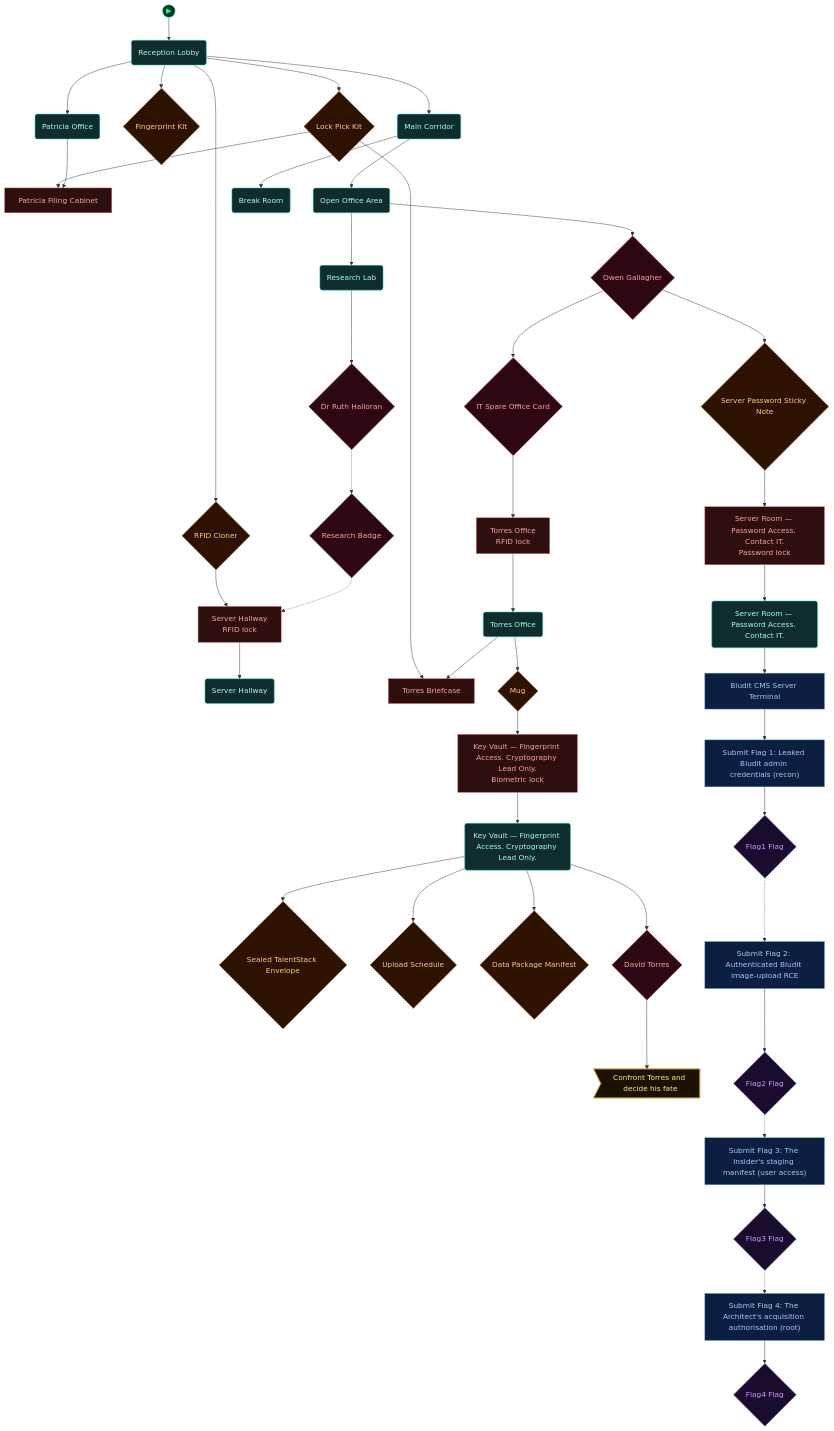
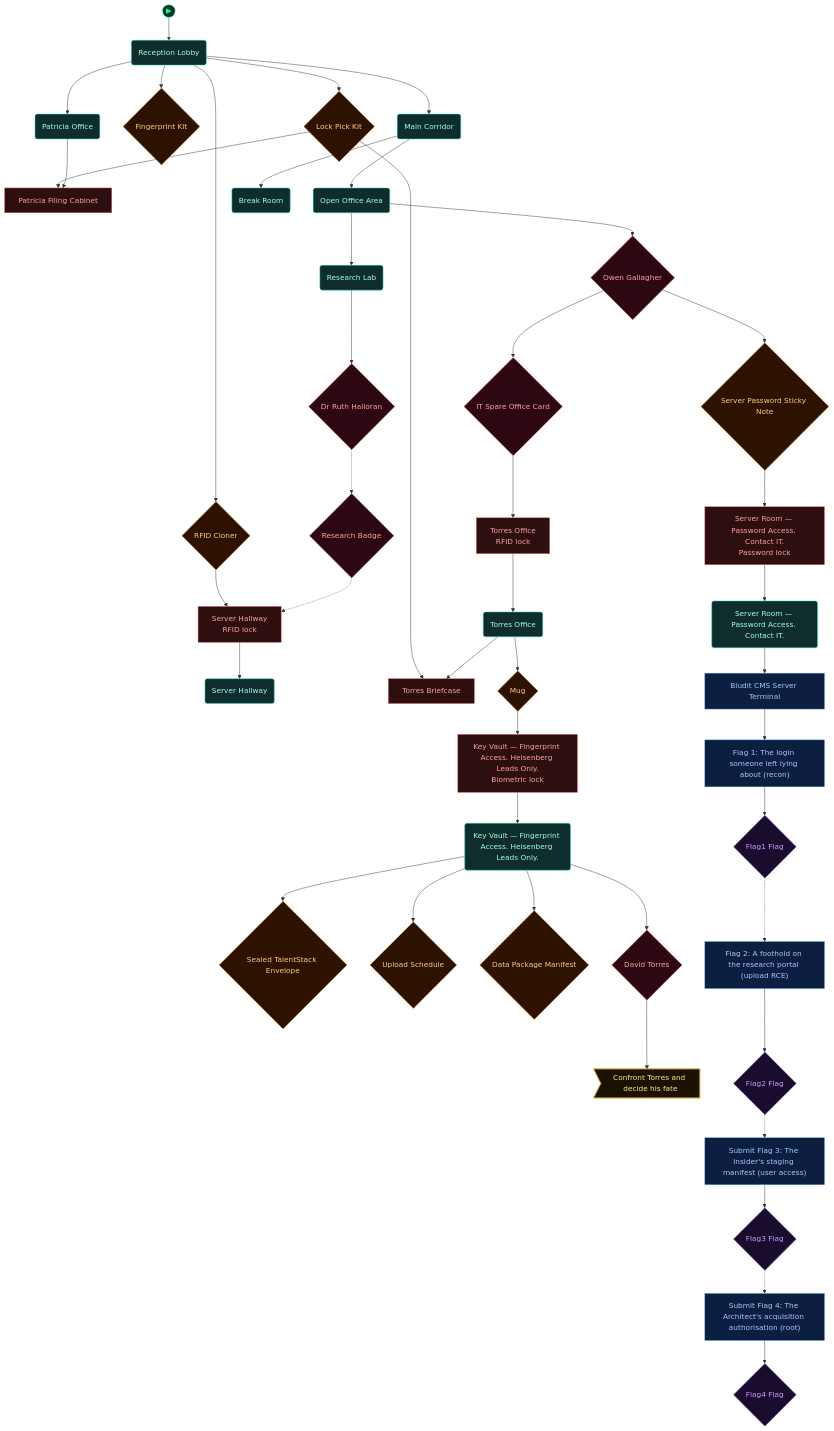
Before and after one commit to cliffe/BreakEscape: the first of 5 diagrams in scenarios/m05_insider_trading/dungeon_graph.md, drawn with Mermaid. The commit also changed other lines of this file and 29 other files, not shown here.

Commit message:
m05 pass 5, alignment round 1: phase music, sweep-then-call-in, vault enrols both leads, office-card relay gated on suspicion, Task Force Null payoff, HaX hub to m04 standard, early-naming reward and wrong-accusation cost, Torres fight tuned (damage 20 to 5), route driver r1-r6

```diff
--- a/scenarios/m05_insider_trading/dungeon_graph.md
+++ b/scenarios/m05_insider_trading/dungeon_graph.md
@@ -75,8 +75,8 @@
   server_room("Server Room — Password Access. Contact IT.")
   door_torres_office["Torres Office<br/>RFID lock"]
   torres_office("Torres Office")
-  door_data_center["Key Vault — Fingerprint Access. Cryptography Lead Only.<br/>Biometric lock"]
-  data_center("Key Vault — Fingerprint Access. Cryptography Lead Only.")
+  door_data_center["Key Vault — Fingerprint Access. Heisenberg Leads Only.<br/>Biometric lock"]
+  data_center("Key Vault — Fingerprint Access. Heisenberg Leads Only.")
   reception_lobby("Reception Lobby")
   lock_pick_kit{"Lock Pick Kit"}
   lock_torres_briefcase["Torres Briefcase"]
@@ -97,9 +97,9 @@
   data_package_manifest{"Data Package Manifest"}
   npc_david_torres{"David Torres"}
   action_confront_torres>"Confront Torres and decide his fate"]
-  vmch_submit_flag1["Submit Flag 1: Leaked Bludit admin credentials (recon)"]
+  vmch_submit_flag1["Flag 1: The login someone left lying about (recon)"]
   vmfl_submit_flag1{"Flag1 Flag"}
-  vmch_submit_flag2["Submit Flag 2: Authenticated Bludit image-upload RCE"]
+  vmch_submit_flag2["Flag 2: A foothold on the research portal (upload RCE)"]
   vmfl_submit_flag2{"Flag2 Flag"}
   vmch_submit_flag3["Submit Flag 3: The insider's staging manifest (user access)"]
   vmfl_submit_flag3{"Flag3 Flag"}
```
